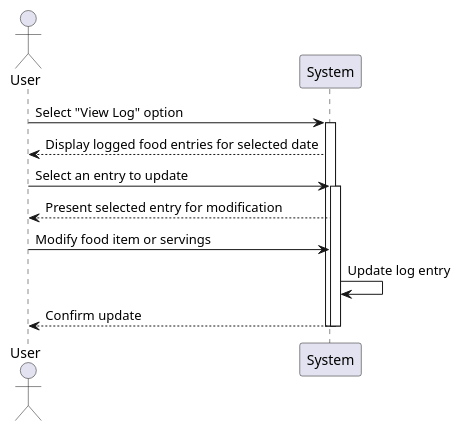
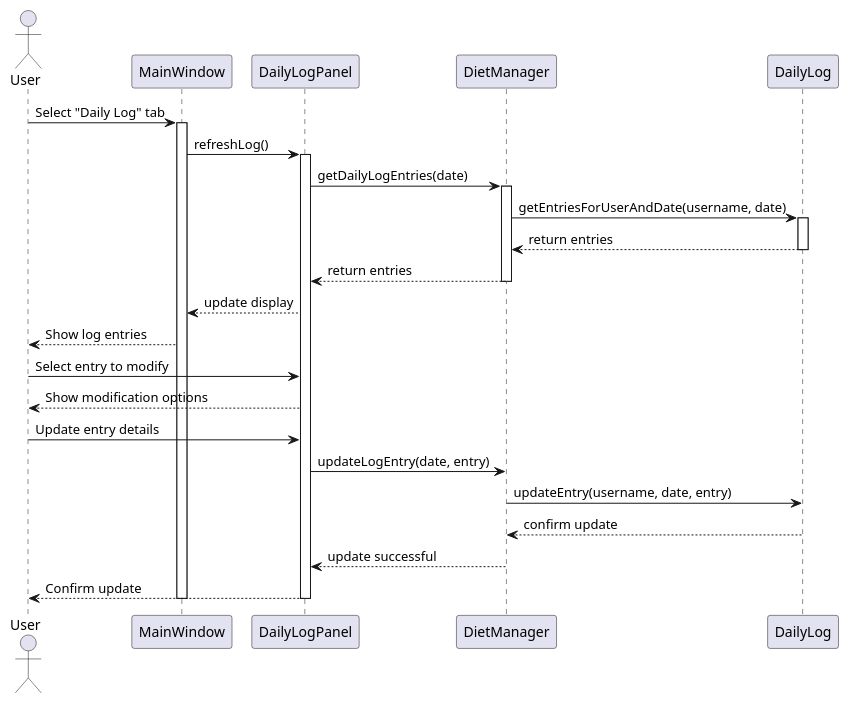
The diagram in seq3.puml (Kriti1908/Diet-Manager), drawn with PlantUML before and after one commit. The commit also changed 11 other files, not shown here.

Commit message:
updated diagrams

```diff
--- a/seq3.puml
+++ b/seq3.puml
@@ -1,19 +1,41 @@
 @startuml uc6
 actor User
-participant "System" as System
+participant "MainWindow" as UI
+participant "DailyLogPanel" as DLP
+participant "DietManager" as DM
+participant "DailyLog" as DL
 
-User -> System : Select "View Log" option
-activate System
+User -> UI : Select "Daily Log" tab
+activate UI
 
-System --> User : Display logged food entries for selected date
-User -> System : Select an entry to update
-activate System
+UI -> DLP : refreshLog()
+activate DLP
 
-System --> User : Present selected entry for modification
-User -> System : Modify food item or servings
-System -> System : Update log entry
-System --> User : Confirm update
-deactivate System
-deactivate System
+DLP -> DM : getDailyLogEntries(date)
+activate DM
+
+DM -> DL : getEntriesForUserAndDate(username, date)
+activate DL
+DL --> DM : return entries
+deactivate DL
+
+DM --> DLP : return entries
+deactivate DM
+
+DLP --> UI : update display
+UI --> User : Show log entries
+
+User -> DLP : Select entry to modify
+DLP --> User : Show modification options
+
+User -> DLP : Update entry details
+DLP -> DM : updateLogEntry(date, entry)
+DM -> DL : updateEntry(username, date, entry)
+DL --> DM : confirm update
+DM --> DLP : update successful
+DLP --> User : Confirm update
+
+deactivate DLP
+deactivate UI
 
 @enduml
```
